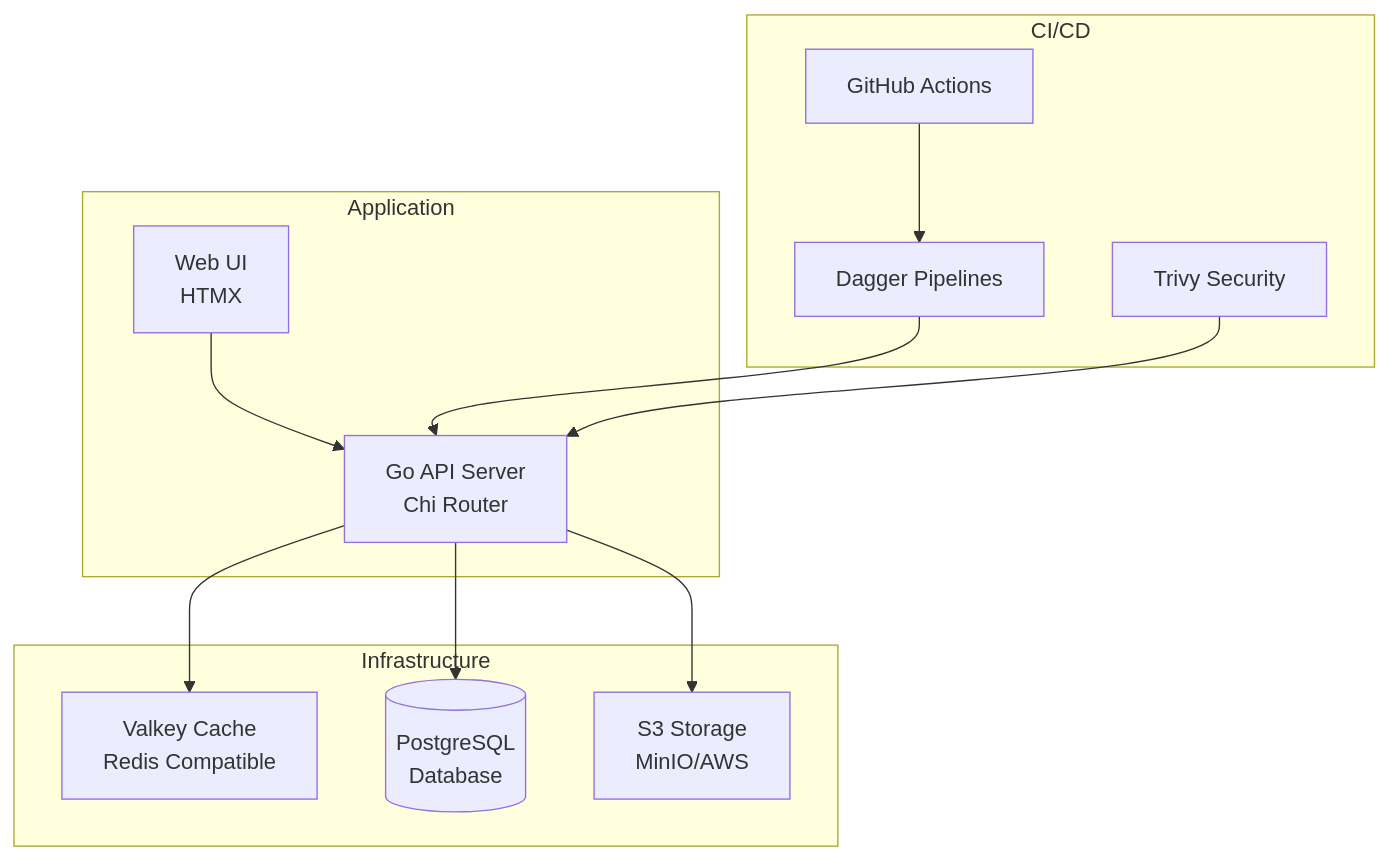
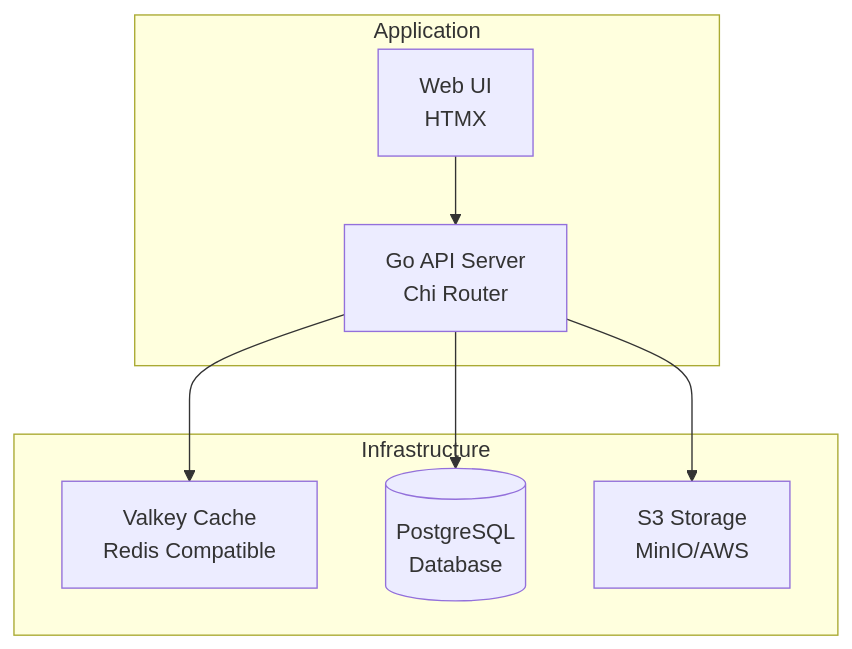
One commit to Smana/image-gallery changed the diagram in README.md. Above: the diagram before and after it, drawn with Mermaid. The commit also changed other lines of this file and 57 other files, not shown here.

````diff
--- a/README.md
+++ b/README.md
@@ -7,28 +7,18 @@
 ```mermaid
 graph TB
     Web[Web UI<br/>HTMX] --> API[Go API Server<br/>Chi Router]
     API --> Cache[Valkey Cache<br/>Redis Compatible]
     API --> DB[(PostgreSQL<br/>Database)]
     API --> Storage[S3 Storage<br/>MinIO/AWS]
 
     subgraph "Infrastructure"
         DB
         Cache
         Storage
     end
 
     subgraph "Application"
         API
         Web
     end
-
-    subgraph "CI/CD"
-        Dagger[Dagger Pipelines]
-        GHA[GitHub Actions]
-        Security[Trivy Security]
-    end
-
-    Dagger --> API
-    GHA --> Dagger
-    Security --> API
 ```
````
